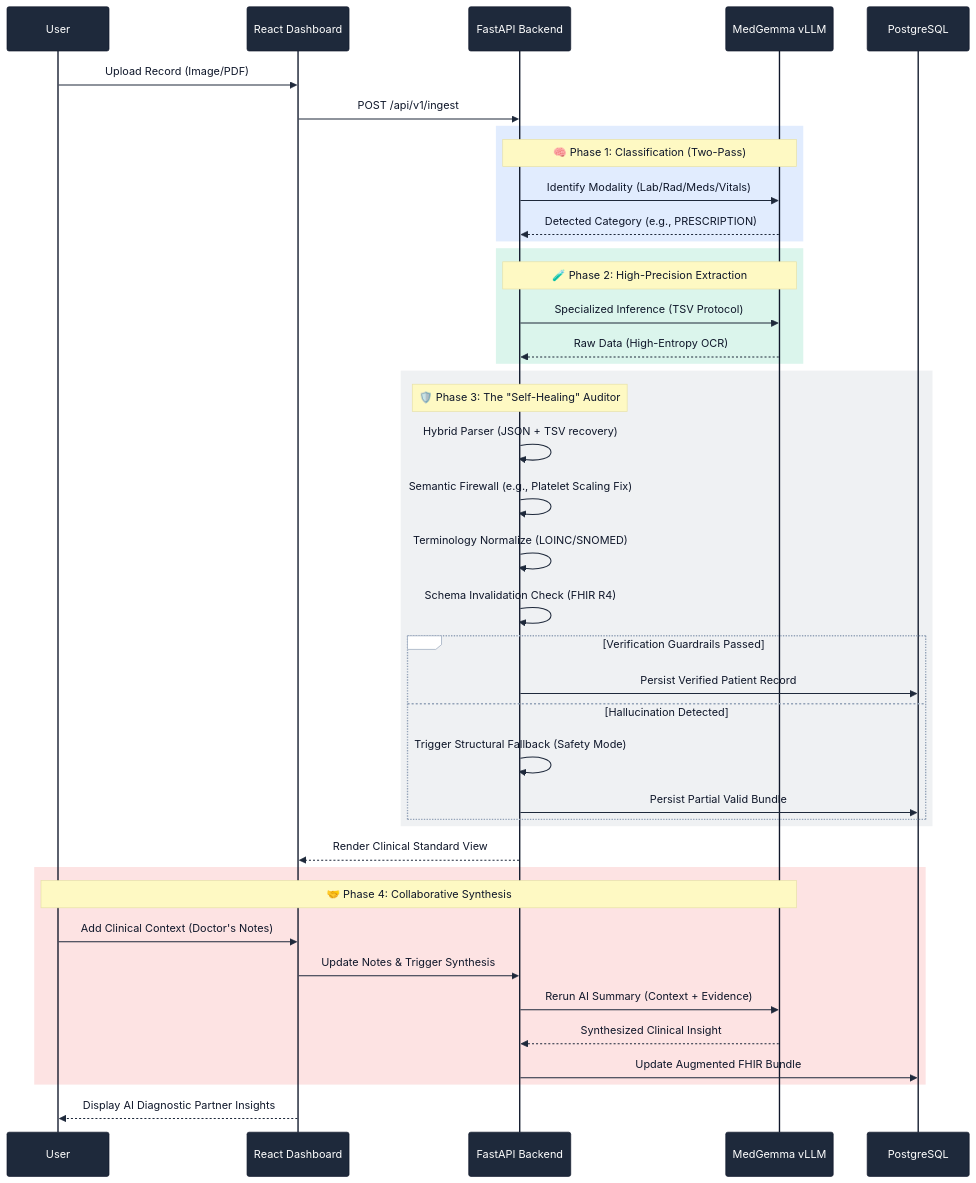
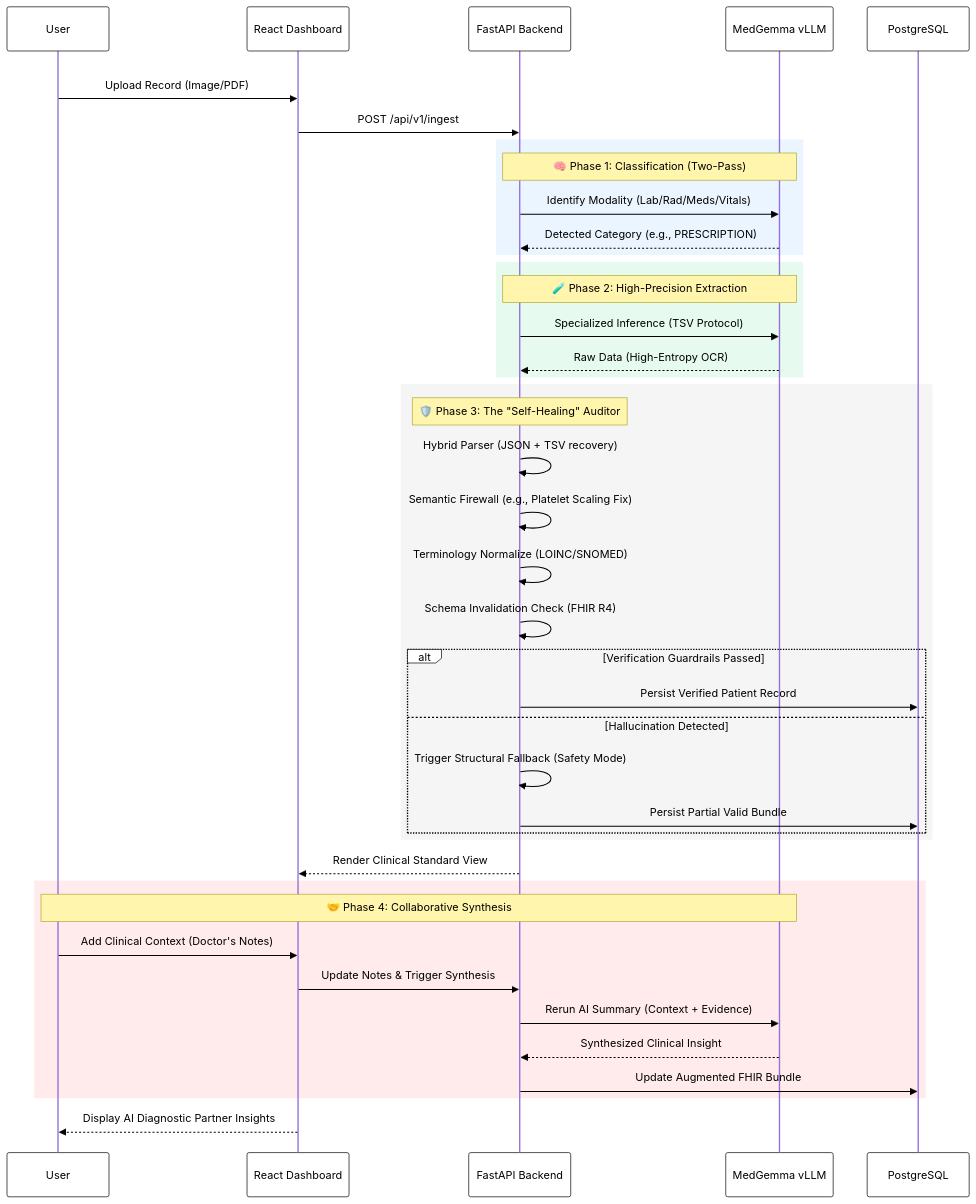
One commit to ALIENvsROBOT/challenge_kaggle changed the diagram in README.md. Above: the diagram before and after it, drawn with Mermaid.

Commit message:
docs: Update Mermaid diagram theme and color variables in README.

````diff
--- a/README.md
+++ b/README.md
@@ -77,75 +77,76 @@
 ```mermaid
 %%{init: {
-  'theme': 'base',
+  'theme': 'default',
   'themeVariables': {
     'background': '#ffffff',
-    'mainBkg': '#ffffff',
-    'primaryColor': '#e2e8f0',
-    'primaryTextColor': '#0f172a',
-    'primaryBorderColor': '#94a3b8',
-    'lineColor': '#1e293b',
-    'secondaryColor': '#f8fafc',
-    'tertiaryColor': '#f1f5f9',
-    'noteBkgColor': '#fef9c3',
-    'noteTextColor': '#0f172a',
-    'actorTextColor': '#ffffff',
-    'actorBkg': '#1e293b',
-    'actorBorder': '#0f172a',
-    'signalColor': '#1e293b',
-    'signalTextColor': '#0f172a',
+    'primaryColor': '#ffffff',
+    'primaryTextColor': '#000000',
+    'primaryBorderColor': '#000000',
+    'lineColor': '#000000',
+    'secondaryColor': '#ffffff',
+    'tertiaryColor': '#ffffff',
+    'noteBkgColor': '#fff5ad',
+    'noteTextColor': '#000000',
+    'actorBkg': '#ffffff',
+    'actorTextColor': '#000000',
+    'actorBorder': '#000000',
+    'signalColor': '#000000',
+    'signalTextColor': '#000000',
     'labelBoxBkgColor': '#ffffff',
-    'labelBoxBorderColor': '#94a3b8',
-    'loopTextColor': '#0f172a',
-    'fontSize': '14px'
+    'labelBoxBorderColor': '#000000',
+    'loopTextColor': '#000000',
+    'fontSize': '16px'
   }
 }}%%
 sequenceDiagram
     participant User
     participant UI as React Dashboard
     participant API as FastAPI Backend
     participant LLM as MedGemma vLLM
     participant DB as PostgreSQL
 
+    rect rgb(255, 255, 255)
     User->>UI: Upload Record (Image/PDF)
     UI->>API: POST /api/v1/ingest
 
-    rect rgba(59, 130, 246, 0.15)
+    rect rgb(235, 245, 255)
     Note over API, LLM: 🧠 Phase 1: Classification (Two-Pass)
     API->>LLM: Identify Modality (Lab/Rad/Meds/Vitals)
     LLM-->>API: Detected Category (e.g., PRESCRIPTION)
     end
 
-    rect rgba(16, 185, 129, 0.15)
+    rect rgb(230, 250, 240)
     Note over API, LLM: 🧪 Phase 2: High-Precision Extraction
     API->>LLM: Specialized Inference (TSV Protocol)
     LLM-->>API: Raw Data (High-Entropy OCR)
     end
 
-    rect rgba(100, 116, 139, 0.1)
+    rect rgb(245, 245, 245)
     Note over API: 🛡️ Phase 3: The "Self-Healing" Auditor
     API->>API: Hybrid Parser (JSON + TSV recovery)
     API->>API: Semantic Firewall (e.g., Platelet Scaling Fix)
     API->>API: Terminology Normalize (LOINC/SNOMED)
     API->>API: Schema Invalidation Check (FHIR R4)
 
     alt Verification Guardrails Passed
         API->>DB: Persist Verified Patient Record
     else Hallucination Detected
         API->>API: Trigger Structural Fallback (Safety Mode)
         API->>DB: Persist Partial Valid Bundle
     end
     end
 
     API-->>UI: Render Clinical Standard View
 
-    rect rgba(239, 68, 68, 0.15)
+    rect rgb(255, 235, 235)
     Note over User, LLM: 🤝 Phase 4: Collaborative Synthesis
     User->>UI: Add Clinical Context (Doctor's Notes)
     UI->>API: Update Notes & Trigger Synthesis
     API->>LLM: Rerun AI Summary (Context + Evidence)
     LLM-->>API: Synthesized Clinical Insight
     API->>DB: Update Augmented FHIR Bundle
     end
 
     UI-->>User: Display AI Diagnostic Partner Insights
+    end
 ```
````
